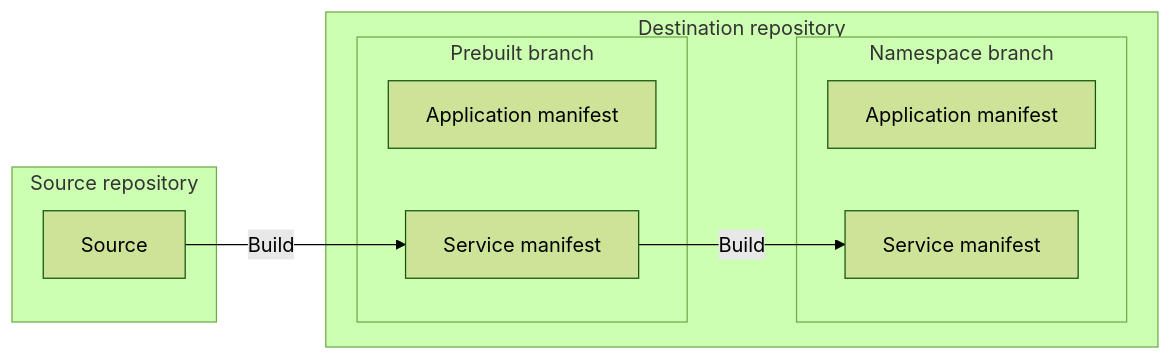
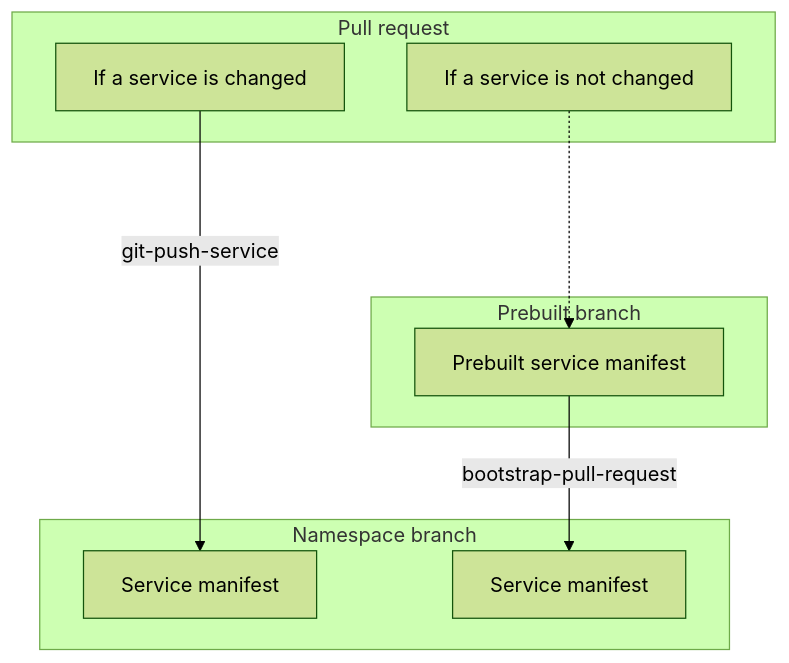
Before and after one commit to quipper/monorepo-deploy-actions: the first of 2 diagrams in bootstrap-pull-request/README.md, drawn with Mermaid (forest theme). The commit also changed other lines of this file and 7 other files, not shown here.

First line of the commit message:
Use changed files instead of head-sha (bootstrap-pull-request) (#2036)

````diff
--- a/bootstrap-pull-request/README.md
+++ b/bootstrap-pull-request/README.md
@@ -6,17 +77,14 @@
 ```mermaid
-graph LR
-  subgraph Source repository
-    Source[Source]
+graph TB
+  subgraph Pull request
+    S1[If a service is changed]
+    S2[If a service is not changed]
   end
-  subgraph Destination repository
-    subgraph Prebuilt branch
-      PrebuiltApplicationManifest[Application manifest]
-      Source --Build--> PrebuiltServiceManifest[Service manifest]
-    end
-    subgraph Namespace branch
-      ApplicationManifest[Application manifest]
-      ServiceManifest[Service manifest]
-    end
+  subgraph Prebuilt branch
+    S2 -..-> PS2[Prebuilt service manifest]
   end
-  PrebuiltServiceManifest --Build--> ServiceManifest
+  subgraph Namespace branch
+    S1 -- git-push-service --> NS1[Service manifest]
+    PS2 -- bootstrap-pull-request --> NS2[Service manifest]
+  end
 ```
````
